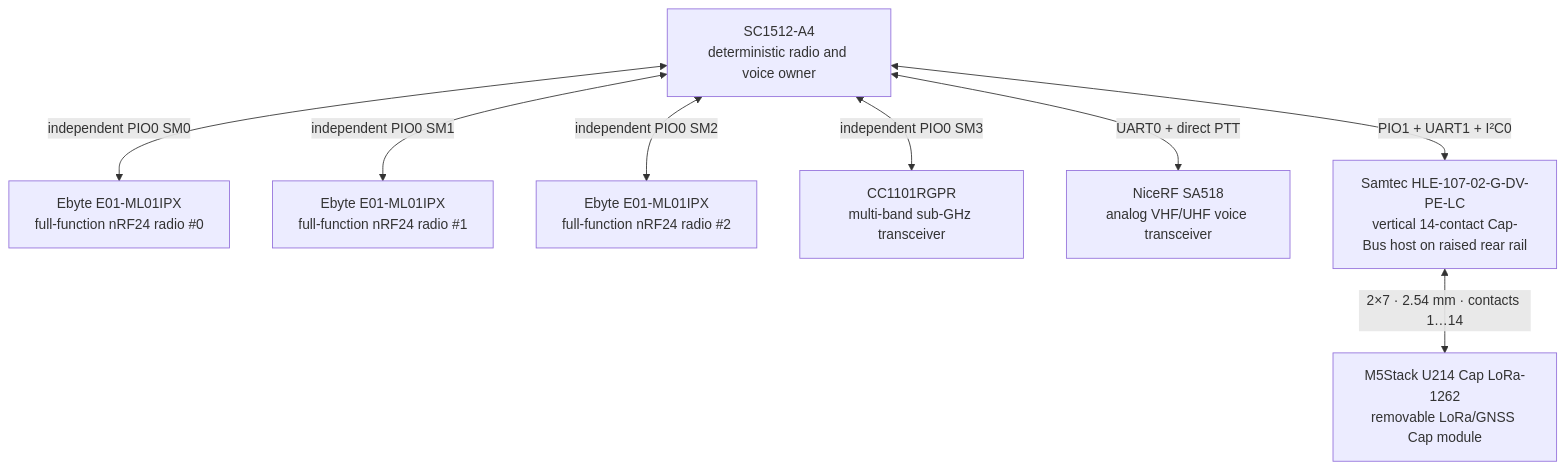
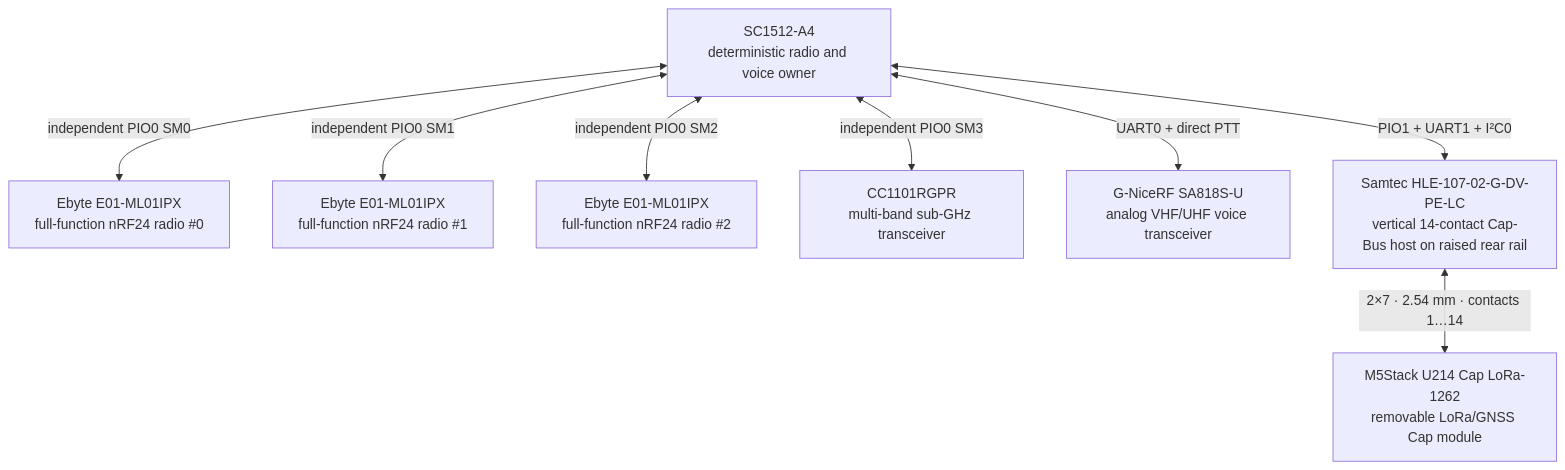
One commit to anton-vinogradov/esp32-leshy2 changed the fourth of 10 diagrams in docs/schematics.md. Above: the diagram before and after it, drawn with Mermaid. The commit also changed other lines of this file and 208 other files, not shown here.

Commit message:
Reclose H2 through H4 on dual SA818S architecture

````diff
--- a/docs/schematics.md
+++ b/docs/schematics.md
@@ -118,18 +118,18 @@
 ```mermaid
 flowchart TD
 RP["SC1512-A4<br/>deterministic radio and voice owner"]
 NRF0["Ebyte E01-ML01IPX<br/>full-function nRF24 radio #0"]
 NRF1["Ebyte E01-ML01IPX<br/>full-function nRF24 radio #1"]
 NRF2["Ebyte E01-ML01IPX<br/>full-function nRF24 radio #2"]
 CC["CC1101RGPR<br/>multi-band sub-GHz transceiver"]
-VOICE["NiceRF SA518<br/>analog VHF/UHF voice transceiver"]
+VOICE["G-NiceRF SA818S-U<br/>analog VHF/UHF voice transceiver"]
 U214_CONNECTOR["Samtec HLE-107-02-G-DV-PE-LC<br/>vertical 14-contact Cap-Bus host on raised rear rail"]
 U214["M5Stack U214 Cap LoRa-1262<br/>removable LoRa/GNSS Cap module"]
   RP <-->|"independent PIO0 SM0"| NRF0
   RP <-->|"independent PIO0 SM1"| NRF1
   RP <-->|"independent PIO0 SM2"| NRF2
   RP <-->|"independent PIO0 SM3"| CC
   RP <-->|"UART0 + direct PTT"| VOICE
   RP <-->|"PIO1 + UART1 + I²C0"| U214_CONNECTOR
   U214_CONNECTOR <-->|"2×7 · 2.54 mm · contacts 1…14"| U214
 ```
````
